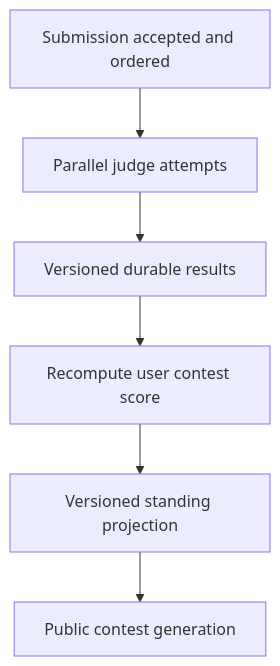
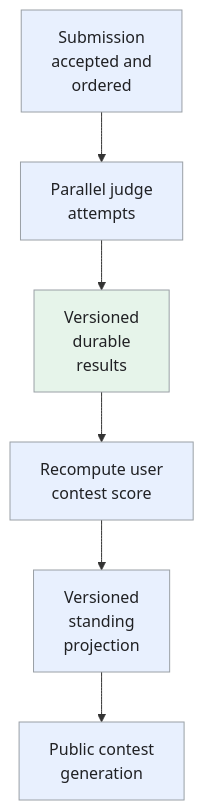
One commit to iliazlobin/iliazlobin.github.io changed the fifth of 5 diagrams in _designs/system-design-leetcode.md. Above: the diagram before and after it, drawn with Mermaid. The commit also changed other lines of this file and 131 other files, not shown here.

````diff
--- a/_designs/system-design-leetcode.md
+++ b/_designs/system-design-leetcode.md
@@ -246,8 +329,13 @@
 ```mermaid
 flowchart TB
-  S["Submission accepted and ordered"] --> J["Parallel judge attempts"]
-  J --> D["Versioned durable results"]
-  D --> P["Recompute user contest score"]
-  P --> V["Versioned standing projection"]
-  V --> C["Public contest generation"]
+  S["Submission<br>accepted and<br>ordered"] --> J["Parallel judge<br>attempts"]
+  J --> D["Versioned<br>durable<br>results"]
+  D --> P["Recompute user<br>contest score"]
+  P --> V["Versioned<br>standing<br>projection"]
+  V --> C["Public contest<br>generation"]
+  classDef request fill:#e8f0fe,stroke:#9aa0a6,color:#202124,stroke-width:1px
+  classDef background fill:#e6f4ea,stroke:#9aa0a6,color:#202124,stroke-width:1px
+  classDef control fill:#fef7e0,stroke:#9aa0a6,color:#202124,stroke-width:1px
+  class S,J,P,V,C request
+  class D background
 ```
````
